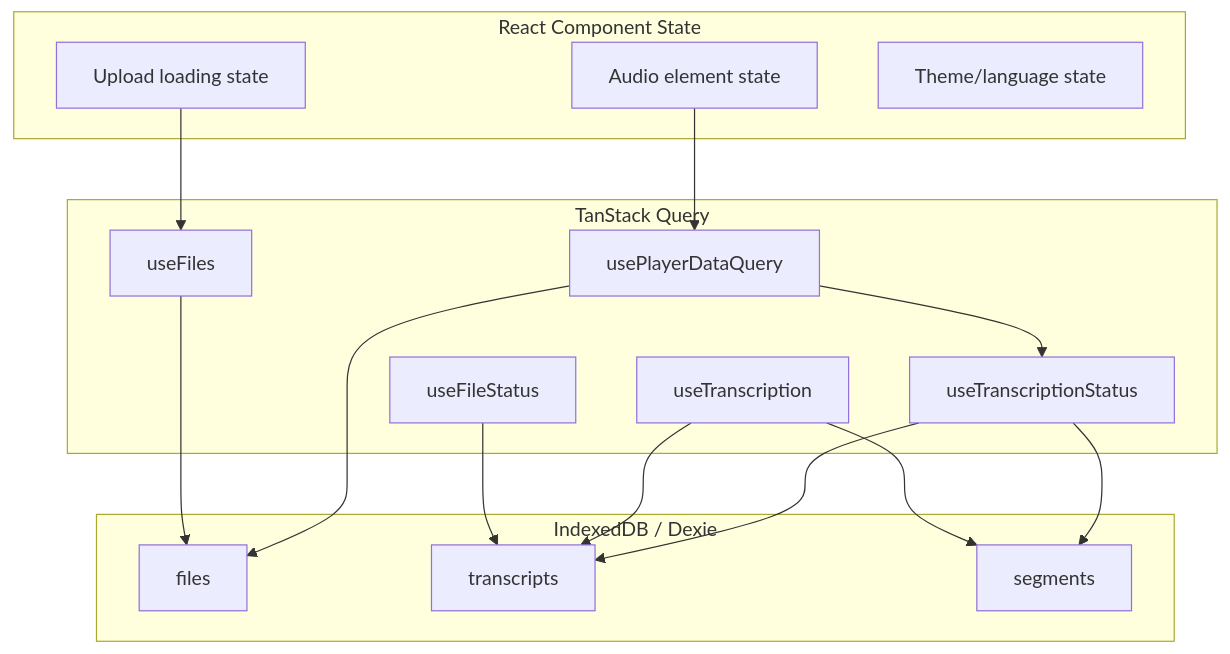
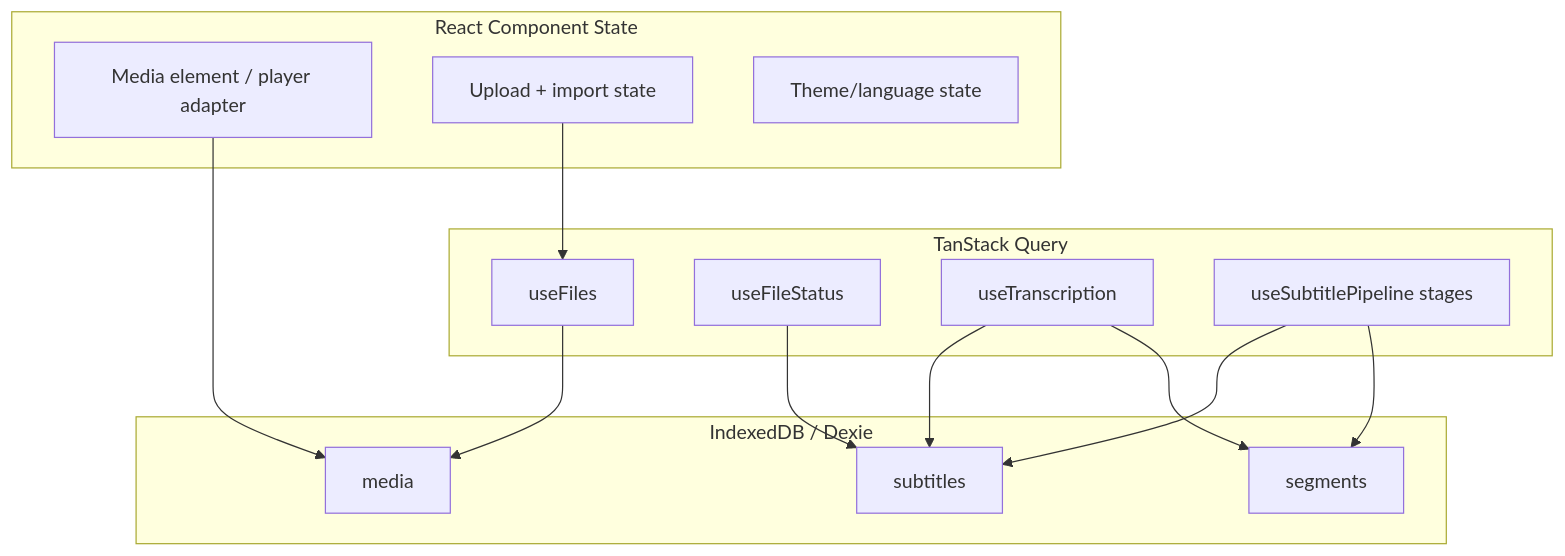
The second of 3 diagrams in docs/ARCHITECTURE.md (youming-ai/shadowing-learning), drawn with Mermaid before and after one commit. The commit also changed other lines of this file and 31 other files, not shown here.

````diff
--- a/docs/ARCHITECTURE.md
+++ b/docs/ARCHITECTURE.md
@@ -96,33 +137,30 @@
 ```mermaid
 graph TB
     subgraph "React Component State"
-        A[Audio element state]
-        B[Upload loading state]
+        A[Media element / player adapter]
+        B[Upload + import state]
         C[Theme/language state]
     end
 
     subgraph "TanStack Query"
         D[useFiles]
         E[useFileStatus]
         F[useTranscription]
-        G[useTranscriptionStatus]
-        H[usePlayerDataQuery]
+        G[useSubtitlePipeline stages]
     end
 
     subgraph "IndexedDB / Dexie"
-        I[files]
-        J[transcripts]
+        I[media]
+        J[subtitles]
         K[segments]
     end
 
     B --> D
     D --> I
     E --> J
     F --> J
     F --> K
     G --> J
     G --> K
-    H --> I
-    H --> G
-    A --> H
+    A --> I
 ```
````
